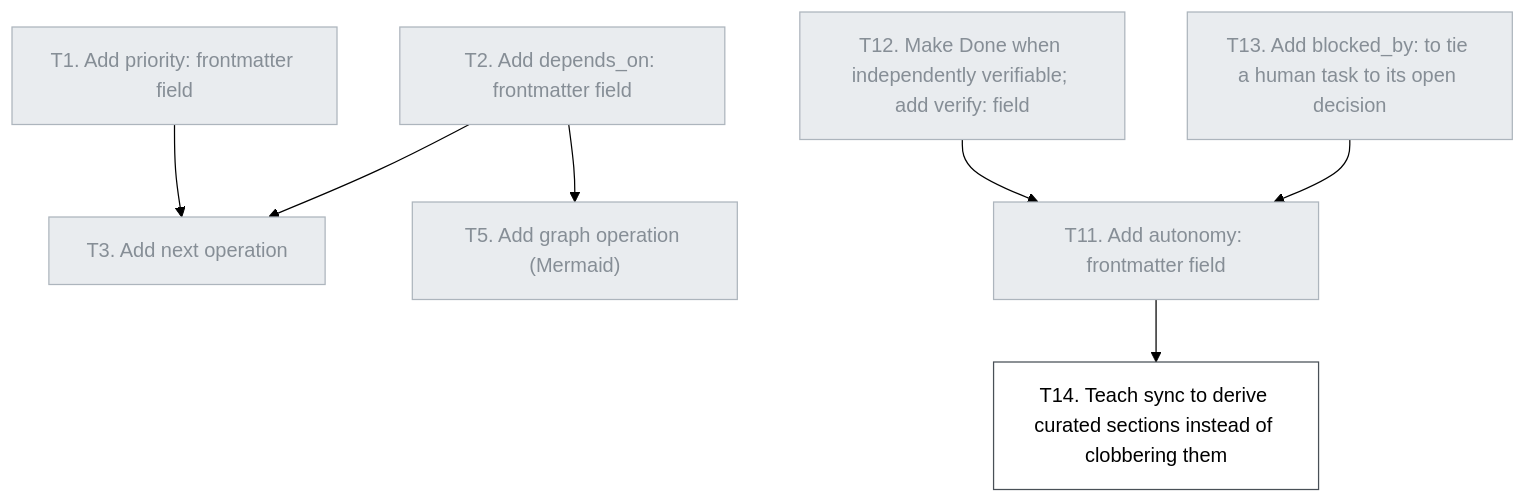
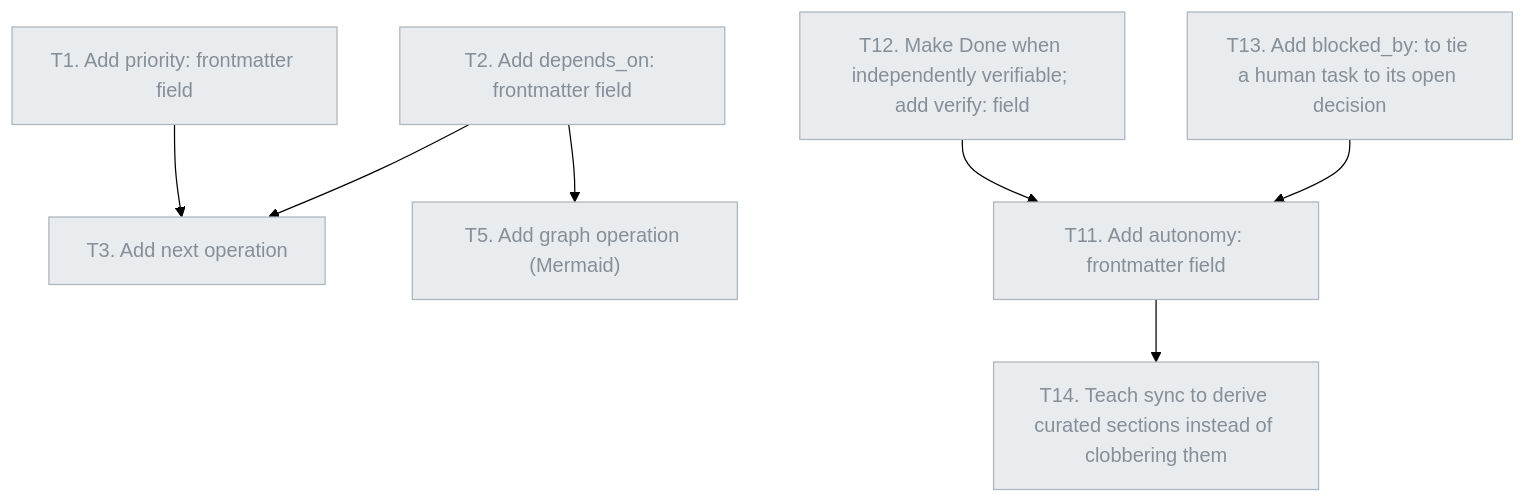
Before and after one commit to luisalima/opentasks-skill: the diagram in docs/tasks/TASK_INDEX.md, drawn with Mermaid (forest theme). The commit also changed other lines of this file and 3 other files, not shown here.

First line of the commit message:
T14: make sync derive curated index views instead of clobbering them

````diff
--- a/docs/tasks/TASK_INDEX.md
+++ b/docs/tasks/TASK_INDEX.md
@@ -34,22 +34,22 @@
 ```mermaid
 graph TD
     T1["T1. Add priority: frontmatter field"]:::done
     T2["T2. Add depends_on: frontmatter field"]:::done
     T3["T3. Add next operation"]:::done
     T5["T5. Add graph operation (Mermaid)"]:::done
     T11["T11. Add autonomy: frontmatter field"]:::done
     T12["T12. Make Done when independently verifiable; add verify: field"]:::done
     T13["T13. Add blocked_by: to tie a human task to its open decision"]:::done
-    T14["T14. Teach sync to derive curated sections instead of clobbering them"]:::todo
+    T14["T14. Teach sync to derive curated sections instead of clobbering them"]:::done
     T1 --> T3
     T2 --> T3
     T2 --> T5
     T12 --> T11
     T13 --> T11
     T11 --> T14
     classDef todo fill:#ffffff,stroke:#495057
     classDef doing fill:#fff3bf,stroke:#f59f00,stroke-width:2px
     classDef blocked fill:#ffe3e3,stroke:#e03131,stroke-dasharray: 5 5
     classDef done fill:#e9ecef,stroke:#adb5bd,color:#868e96
     classDef missing fill:#ffffff,stroke:#e03131,stroke-dasharray: 2 2,color:#e03131
 ```
````
